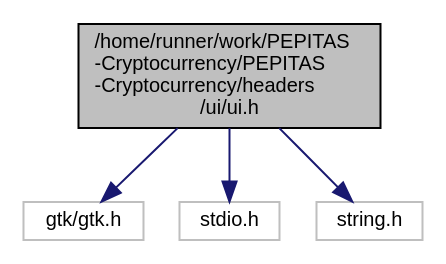
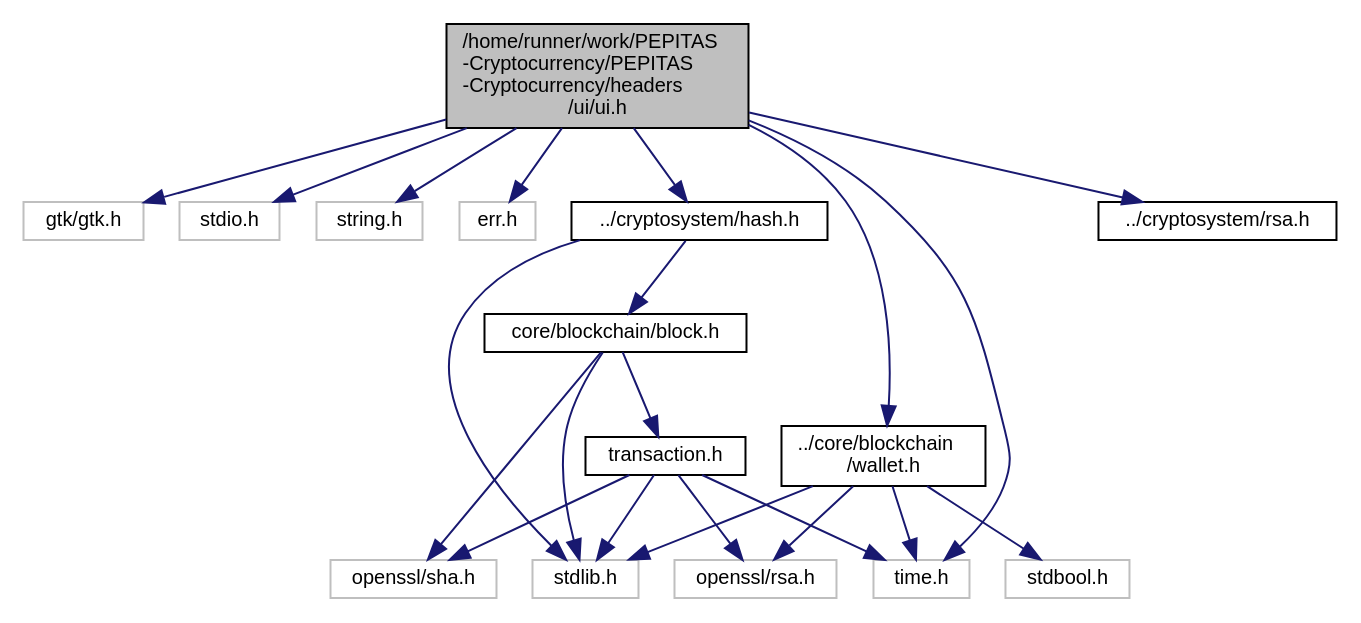
One commit to nathan-rabet/PEPITAS-Cryptocurrency changed the diagram in docs/documentation/ui_8h__incl.dot. Above: the diagram before and after it, drawn with Graphviz. The commit also changed 227 other files, not shown here.

```diff
--- a/docs/documentation/ui_8h__incl.dot
+++ b/docs/documentation/ui_8h__incl.dot
@@ -1,13 +1,42 @@
 digraph "/home/runner/work/PEPITAS-Cryptocurrency/PEPITAS-Cryptocurrency/headers/ui/ui.h"
 {
  // LATEX_PDF_SIZE
   edge [fontname="Helvetica",fontsize="10",labelfontname="Helvetica",labelfontsize="10"];
   node [fontname="Helvetica",fontsize="10",shape=record];
   Node1 [label="/home/runner/work/PEPITAS\l-Cryptocurrency/PEPITAS\l-Cryptocurrency/headers\l/ui/ui.h",height=0.2,width=0.4,color="black", fillcolor="grey75", style="filled", fontcolor="black",tooltip=" "];
   Node1 -> Node2 [color="midnightblue",fontsize="10",style="solid",fontname="Helvetica"];
   Node2 [label="gtk/gtk.h",height=0.2,width=0.4,color="grey75", fillcolor="white", style="filled",tooltip=" "];
   Node1 -> Node3 [color="midnightblue",fontsize="10",style="solid",fontname="Helvetica"];
   Node3 [label="stdio.h",height=0.2,width=0.4,color="grey75", fillcolor="white", style="filled",tooltip=" "];
   Node1 -> Node4 [color="midnightblue",fontsize="10",style="solid",fontname="Helvetica"];
   Node4 [label="string.h",height=0.2,width=0.4,color="grey75", fillcolor="white", style="filled",tooltip=" "];
+  Node1 -> Node5 [color="midnightblue",fontsize="10",style="solid",fontname="Helvetica"];
+  Node5 [label="err.h",height=0.2,width=0.4,color="grey75", fillcolor="white", style="filled",tooltip=" "];
+  Node1 -> Node6 [color="midnightblue",fontsize="10",style="solid",fontname="Helvetica"];
+  Node6 [label="time.h",height=0.2,width=0.4,color="grey75", fillcolor="white", style="filled",tooltip=" "];
+  Node1 -> Node7 [color="midnightblue",fontsize="10",style="solid",fontname="Helvetica"];
+  Node7 [label="../cryptosystem/rsa.h",height=0.2,width=0.4,color="black", fillcolor="white", style="filled",URL="$rsa_8h.html",tooltip=" "];
+  Node1 -> Node8 [color="midnightblue",fontsize="10",style="solid",fontname="Helvetica"];
+  Node8 [label="../cryptosystem/hash.h",height=0.2,width=0.4,color="black", fillcolor="white", style="filled",URL="$hash_8h.html",tooltip=" "];
+  Node8 -> Node9 [color="midnightblue",fontsize="10",style="solid",fontname="Helvetica"];
+  Node9 [label="stdlib.h",height=0.2,width=0.4,color="grey75", fillcolor="white", style="filled",tooltip=" "];
+  Node8 -> Node10 [color="midnightblue",fontsize="10",style="solid",fontname="Helvetica"];
+  Node10 [label="core/blockchain/block.h",height=0.2,width=0.4,color="black", fillcolor="white", style="filled",URL="$block_8h.html",tooltip=" "];
+  Node10 -> Node9 [color="midnightblue",fontsize="10",style="solid",fontname="Helvetica"];
+  Node10 -> Node11 [color="midnightblue",fontsize="10",style="solid",fontname="Helvetica"];
+  Node11 [label="openssl/sha.h",height=0.2,width=0.4,color="grey75", fillcolor="white", style="filled",tooltip=" "];
+  Node10 -> Node12 [color="midnightblue",fontsize="10",style="solid",fontname="Helvetica"];
+  Node12 [label="transaction.h",height=0.2,width=0.4,color="black", fillcolor="white", style="filled",URL="$transaction_8h.html",tooltip=" "];
+  Node12 -> Node9 [color="midnightblue",fontsize="10",style="solid",fontname="Helvetica"];
+  Node12 -> Node13 [color="midnightblue",fontsize="10",style="solid",fontname="Helvetica"];
+  Node13 [label="openssl/rsa.h",height=0.2,width=0.4,color="grey75", fillcolor="white", style="filled",tooltip=" "];
+  Node12 -> Node11 [color="midnightblue",fontsize="10",style="solid",fontname="Helvetica"];
+  Node12 -> Node6 [color="midnightblue",fontsize="10",style="solid",fontname="Helvetica"];
+  Node1 -> Node14 [color="midnightblue",fontsize="10",style="solid",fontname="Helvetica"];
+  Node14 [label="../core/blockchain\l/wallet.h",height=0.2,width=0.4,color="black", fillcolor="white", style="filled",URL="$wallet_8h.html",tooltip=" "];
+  Node14 -> Node13 [color="midnightblue",fontsize="10",style="solid",fontname="Helvetica"];
+  Node14 -> Node9 [color="midnightblue",fontsize="10",style="solid",fontname="Helvetica"];
+  Node14 -> Node15 [color="midnightblue",fontsize="10",style="solid",fontname="Helvetica"];
+  Node15 [label="stdbool.h",height=0.2,width=0.4,color="grey75", fillcolor="white", style="filled",tooltip=" "];
+  Node14 -> Node6 [color="midnightblue",fontsize="10",style="solid",fontname="Helvetica"];
 }
```
